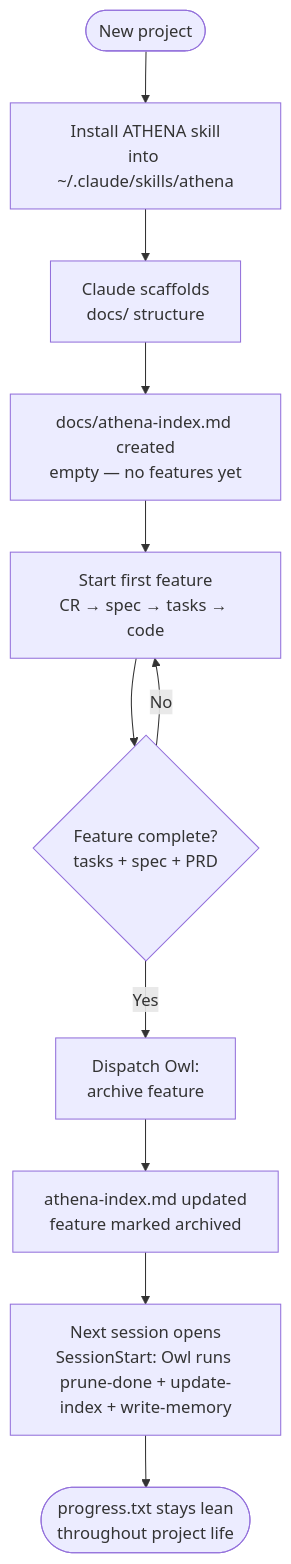
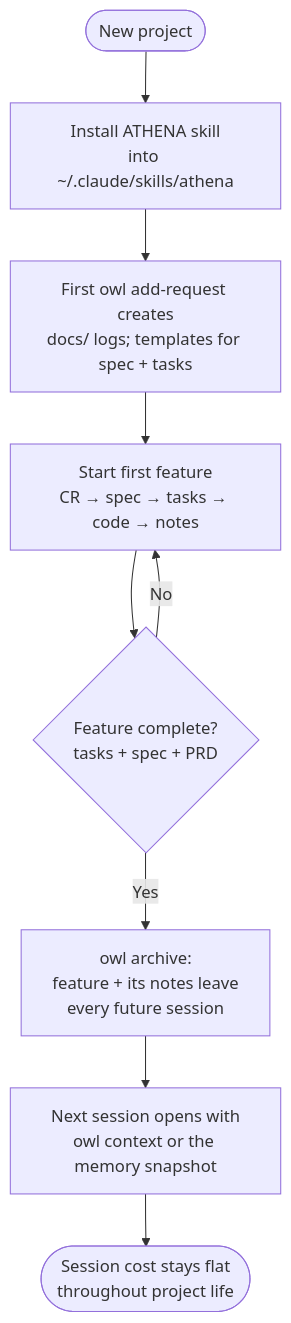
One commit to taylorparsons/athena-skill changed the third of 3 diagrams in README.md. Above: the diagram before and after it, drawn with Mermaid. The commit also changed other lines of this file and 9 other files, not shown here.

First line of the commit message:
T-003: README v2.2.0 accuracy + release notes with per-harness value (Feature: 20260706-readme-release-push)

````diff
--- a/README.md
+++ b/README.md
@@ -361,13 +328,11 @@
 ```mermaid
 flowchart TD
     A([New project]) --> B[Install ATHENA skill\ninto ~/.claude/skills/athena]
-    B --> C[Claude scaffolds\ndocs/ structure]
-    C --> D[docs/athena-index.md created\nempty — no features yet]
-    D --> E[Start first feature\nCR → spec → tasks → code]
+    B --> C[First owl add-request creates\ndocs/ logs; templates for spec + tasks]
+    C --> E[Start first feature\nCR → spec → tasks → code → notes]
     E --> F{Feature complete?\ntasks + spec + PRD}
     F -- No --> E
-    F -- Yes --> G[Dispatch Owl:\narchive feature]
-    G --> H[athena-index.md updated\nfeature marked archived]
-    H --> I[Next session opens\nSessionStart: Owl runs prune-done + update-index + write-memory]
-    I --> J([progress.txt stays lean\nthroughout project life])
+    F -- Yes --> G[owl archive:\nfeature + its notes leave\nevery future session]
+    G --> I[Next session opens with\nowl context or the memory snapshot]
+    I --> J([Session cost stays flat\nthroughout project life])
 ```
````
